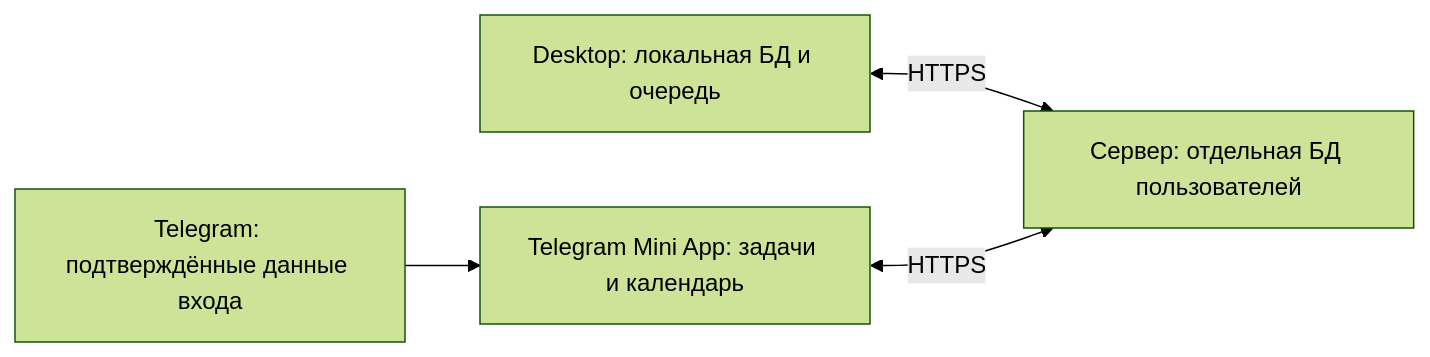
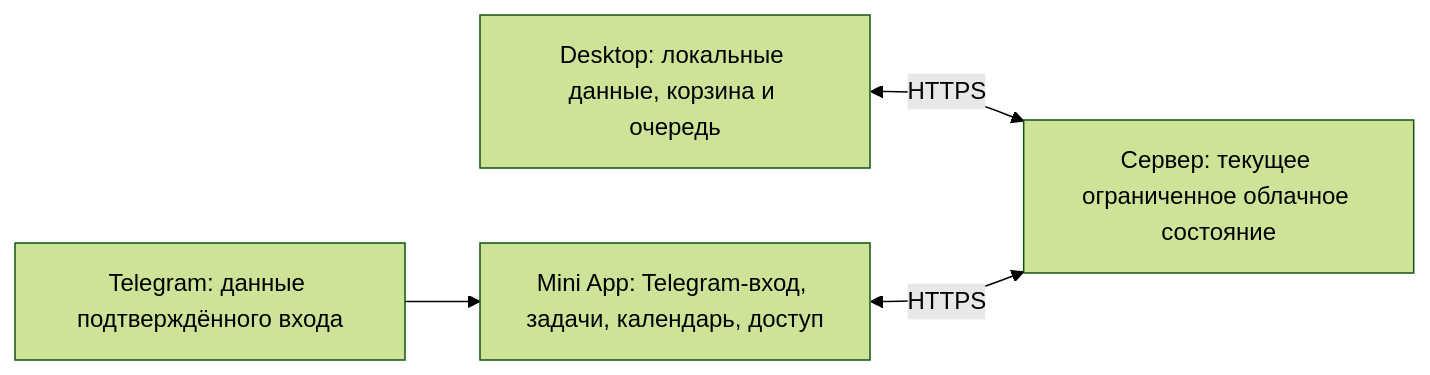
One commit to Slava-silang/Project-Ritm changed the diagram in docs/SYNC_PROTOCOL.md. Above: the diagram before and after it, drawn with Mermaid (forest theme). The commit also changed other lines of this file and 7 other files, not shown here.

````diff
--- a/docs/SYNC_PROTOCOL.md
+++ b/docs/SYNC_PROTOCOL.md
@@ -31,6 +39,6 @@
 ```mermaid
 flowchart LR
-    D["Desktop: локальная БД и очередь"] <-->|HTTPS| S["Сервер: отдельная БД пользователей"]
-    M["Telegram Mini App: задачи и календарь"] <-->|HTTPS| S
-    T["Telegram: подтверждённые данные входа"] --> M
+    D["Desktop: локальные данные, корзина и очередь"] <-->|HTTPS| S["Сервер: текущее ограниченное облачное состояние"]
+    M["Mini App: Telegram-вход, задачи, календарь, доступ"] <-->|HTTPS| S
+    T["Telegram: данные подтверждённого входа"] --> M
 ```
````
